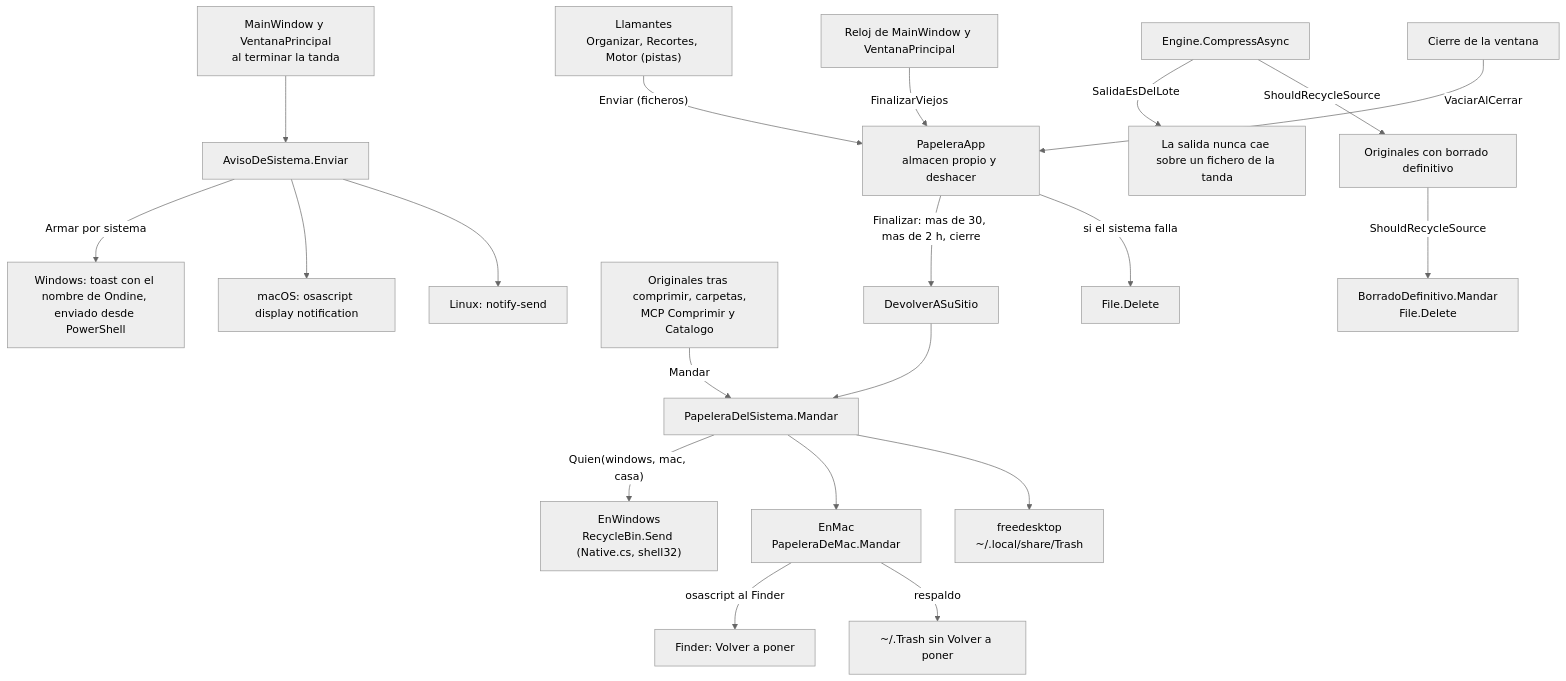
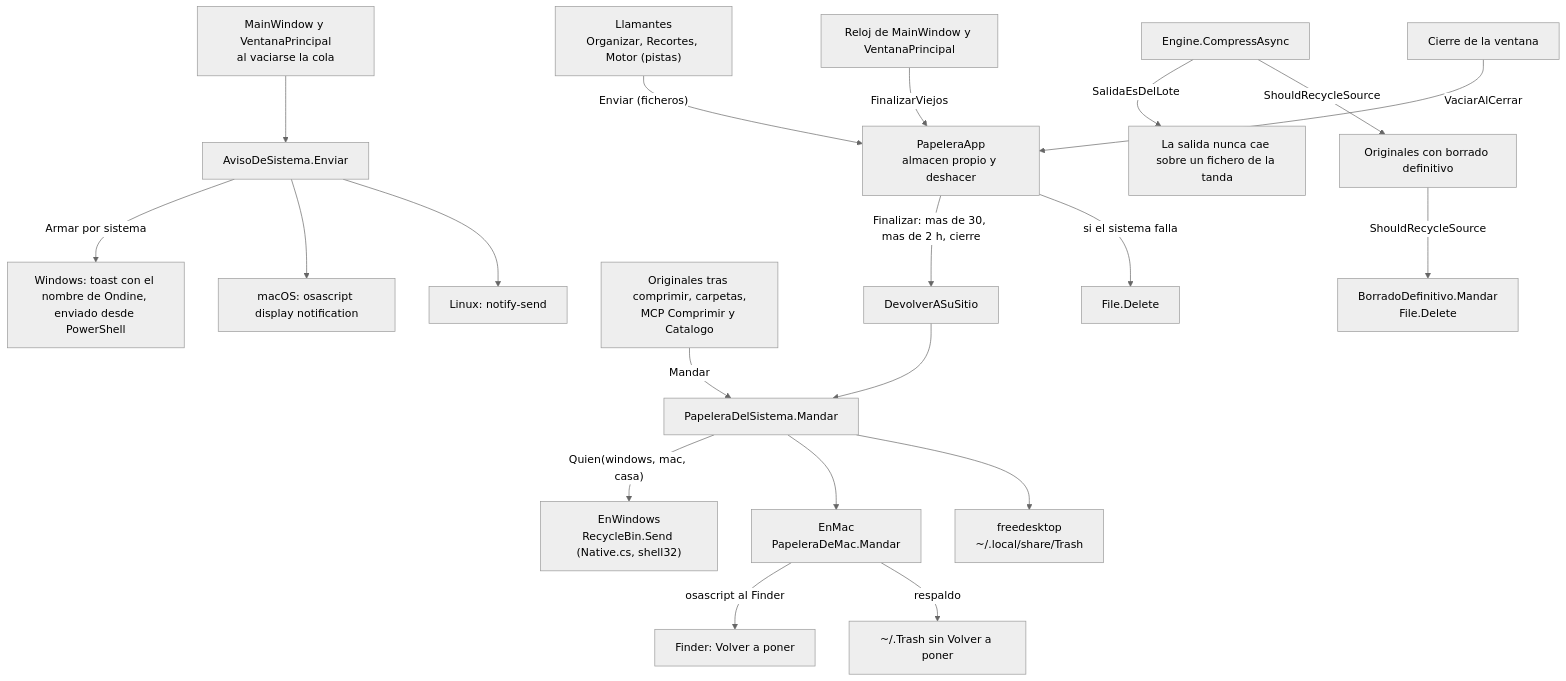
The diagram in docs/funcionalidades/papelera-y-avisos.md (luishidalgoa/ondine), drawn with Mermaid (neutral theme) before and after one commit. The commit also changed other lines of this file and 15 other files, not shown here.

First line of the commit message:
feat(cola): la cola vive en la tabla de Comprimir; un aviso al vaciarse (#387)

````diff
--- a/docs/funcionalidades/papelera-y-avisos.md
+++ b/docs/funcionalidades/papelera-y-avisos.md
@@ -31,26 +31,26 @@
 ```mermaid
 flowchart TD
-  TANDA["MainWindow y VentanaPrincipal<br/>al terminar la tanda"] --> AVISO["AvisoDeSistema.Enviar"]
+  TANDA["MainWindow y VentanaPrincipal<br/>al vaciarse la cola"] --> AVISO["AvisoDeSistema.Enviar"]
   AVISO -- "Armar por sistema" --> AWIN["Windows: toast con el nombre de Ondine, enviado desde PowerShell"]
   AVISO --> AMAC["macOS: osascript display notification"]
   AVISO --> ALIN["Linux: notify-send"]
 
   LLAM["Llamantes<br/>Organizar, Recortes, Motor (pistas)"] -- "Enviar (ficheros)" --> APP["PapeleraApp<br/>almacen propio y deshacer"]
   LLAM2["Originales tras comprimir, carpetas,<br/>MCP Comprimir y Catalogo"] -- "Mandar" --> SIS["PapeleraDelSistema.Mandar"]
   LLAM3["Originales con borrado definitivo"] -- "ShouldRecycleSource" --> BOR["BorradoDefinitivo.Mandar<br/>File.Delete"]
 
   RELOJ["Reloj de MainWindow y VentanaPrincipal"] -- "FinalizarViejos" --> APP
   CIERRE["Cierre de la ventana"] -- "VaciarAlCerrar" --> APP
   APP -- "Finalizar: mas de 30, mas de 2 h, cierre" --> DEV["DevolverASuSitio"]
   DEV --> SIS
   APP -- "si el sistema falla" --> DELF["File.Delete"]
 
   SIS -- "Quien(windows, mac, casa)" --> EWIN["EnWindows<br/>RecycleBin.Send (Native.cs, shell32)"]
   SIS --> EMAC["EnMac<br/>PapeleraDeMac.Mandar"]
   SIS --> FDO["freedesktop<br/>~/.local/share/Trash"]
   EMAC -- "osascript al Finder" --> FIN["Finder: Volver a poner"]
   EMAC -- "respaldo" --> TRASH["~/.Trash sin Volver a poner"]
 
   MOTOR["Engine.CompressAsync"] -- "SalidaEsDelLote" --> SALIDA["La salida nunca cae sobre un fichero de la tanda"]
   MOTOR -- "ShouldRecycleSource" --> LLAM3
 ```
````
